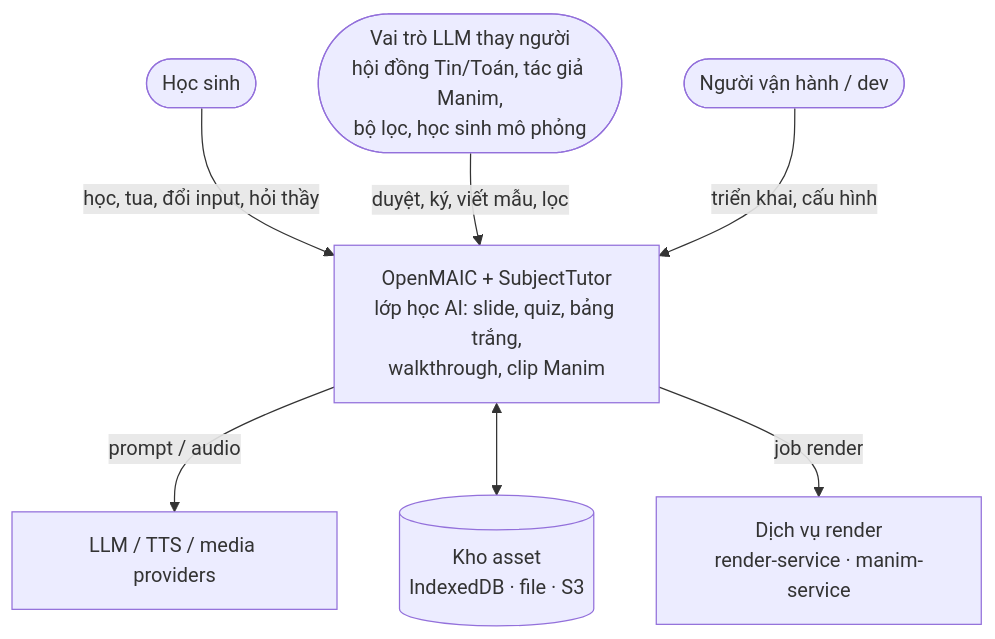
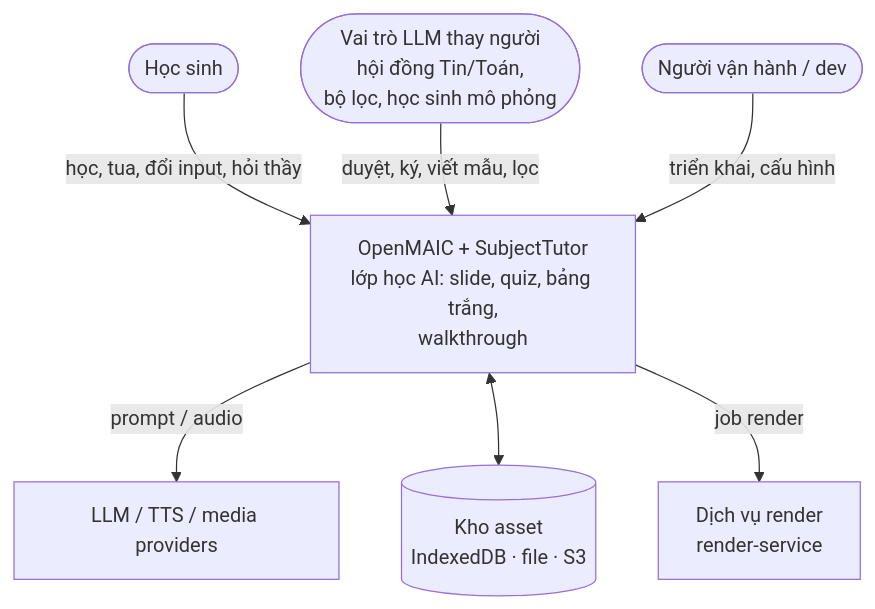
Before and after one commit to nqthiep/OpenMAIC: the first of 5 diagrams in docs/tutor/ARCHITECTURE.md, drawn with Mermaid. The commit also changed other lines of this file and 37 other files, not shown here.

First line of the commit message:
docs(tutor): remove the Manim/video design from the living docs (ADR 0015 follow-up)

````diff
--- a/docs/tutor/ARCHITECTURE.md
+++ b/docs/tutor/ARCHITECTURE.md
@@ -32,16 +31,16 @@
 ```mermaid
 flowchart TB
   HS(["Học sinh"])
-  GV(["Vai trò LLM thay người<br/>hội đồng Tin/Toán, tác giả Manim,<br/>bộ lọc, học sinh mô phỏng"])
+  GV(["Vai trò LLM thay người<br/>hội đồng Tin/Toán,<br/>bộ lọc, học sinh mô phỏng"])
   OPS(["Người vận hành / dev"])
-  SYS["OpenMAIC + SubjectTutor<br/>lớp học AI: slide, quiz, bảng trắng,<br/>walkthrough, clip Manim"]
+  SYS["OpenMAIC + SubjectTutor<br/>lớp học AI: slide, quiz, bảng trắng,<br/>walkthrough"]
   LLM["LLM / TTS / media providers"]
   ST[("Kho asset<br/>IndexedDB · file · S3")]
-  RND["Dịch vụ render<br/>render-service · manim-service"]
+  RND["Dịch vụ render<br/>render-service"]
   HS -- "học, tua, đổi input, hỏi thầy" --> SYS
   GV -- "duyệt, ký, viết mẫu, lọc" --> SYS
   OPS -- "triển khai, cấu hình" --> SYS
   SYS -- "prompt / audio" --> LLM
   SYS <--> ST
   SYS -- "job render" --> RND
 ```
````
